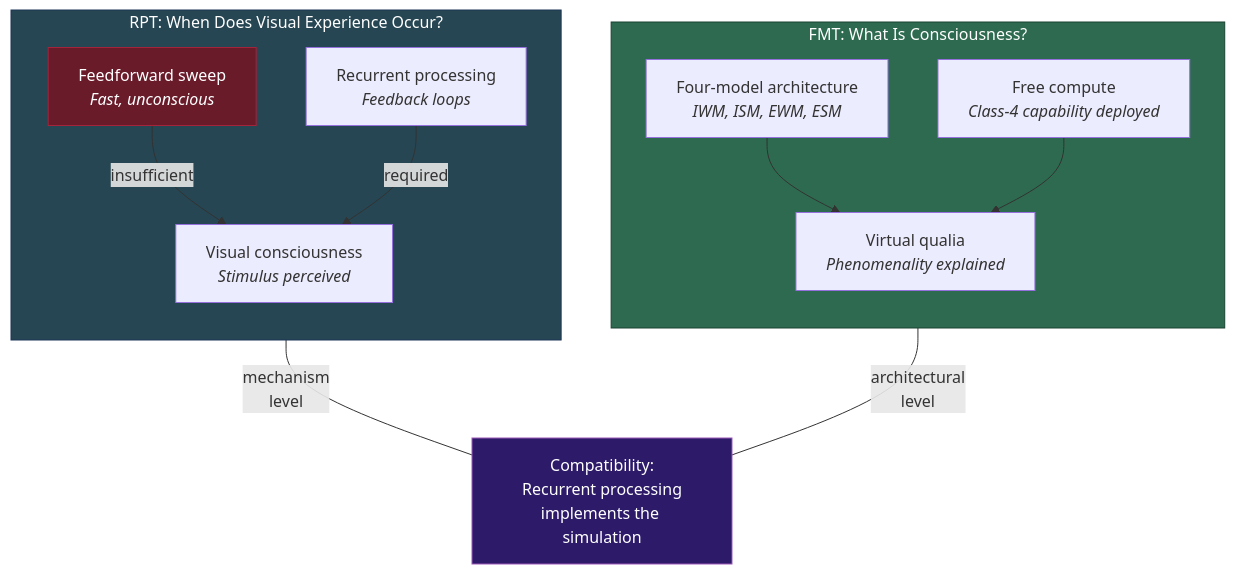
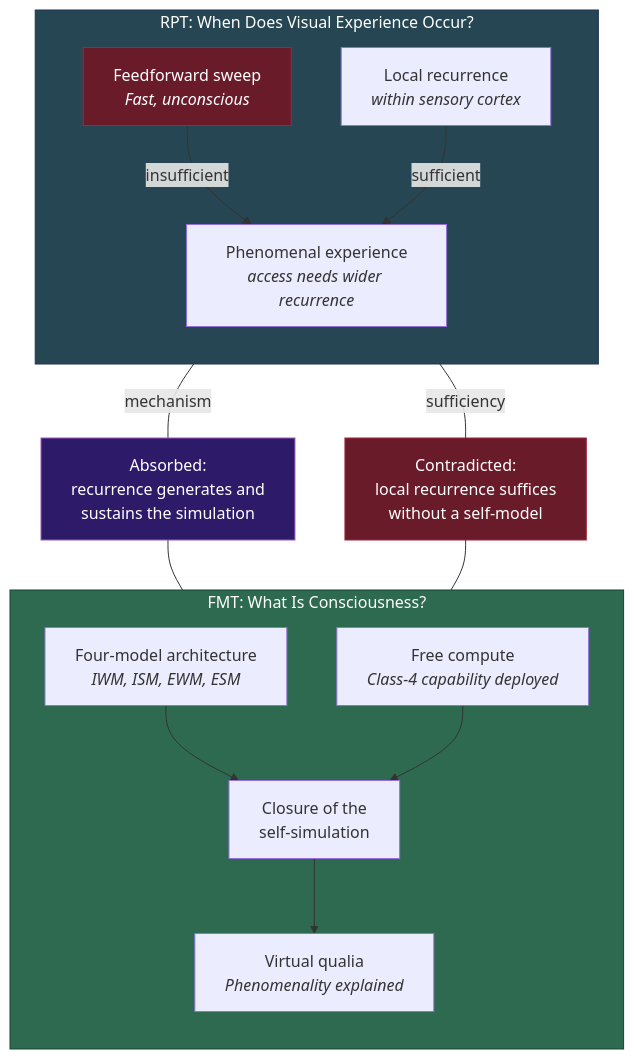
Before and after one commit to JeltzProstetnic/aIware: the diagram in wiki/comparative/vs-rpt.md, drawn with Mermaid. The commit also changed other lines of this file and 10 other files, not shown here.

````diff
--- a/wiki/comparative/vs-rpt.md
+++ b/wiki/comparative/vs-rpt.md
@@ -53,29 +55,35 @@
 ```mermaid
 graph TB
     subgraph RPT_SCOPE["RPT: When Does Visual Experience Occur?"]
         direction TB
         FF["Feedforward sweep<br/><i>Fast, unconscious</i>"]
-        RP["Recurrent processing<br/><i>Feedback loops</i>"]
-        VIS["Visual consciousness<br/><i>Stimulus perceived</i>"]
+        RP["Local recurrence<br/><i>within sensory cortex</i>"]
+        VIS["Phenomenal experience<br/><i>access needs wider recurrence</i>"]
         FF -->|"insufficient"| VIS
-        RP -->|"required"| VIS
+        RP -->|"sufficient"| VIS
     end
 
     subgraph FMT_SCOPE["FMT: What Is Consciousness?"]
         direction TB
         ARCH["Four-model architecture<br/><i>IWM, ISM, EWM, ESM</i>"]
         CRIT["Free compute<br/><i>Class-4 capability deployed</i>"]
+        CLO["Closure of the<br/>self-simulation"]
         VQ["Virtual qualia<br/><i>Phenomenality explained</i>"]
-        ARCH --> VQ
-        CRIT --> VQ
+        ARCH --> CLO
+        CRIT --> CLO
+        CLO --> VQ
     end
 
-    BRIDGE["Compatibility:<br/>Recurrent processing<br/>implements the simulation"]
-    RPT_SCOPE ---|"mechanism<br/>level"| BRIDGE
-    FMT_SCOPE ---|"architectural<br/>level"| BRIDGE
+    BRIDGE["Absorbed:<br/>recurrence generates and<br/>sustains the simulation"]
+    CONFLICT["Contradicted:<br/>local recurrence suffices<br/>without a self-model"]
+    RP ---|"mechanism"| BRIDGE
+    BRIDGE --- ARCH
+    RP ---|"sufficiency"| CONFLICT
+    CONFLICT --- CLO
 
     style RPT_SCOPE fill:#264653,color:#fff,stroke:#1d3557
     style FMT_SCOPE fill:#2d6a4f,color:#fff,stroke:#1b4332
     style BRIDGE fill:#2d1b69,stroke:#9b59b6,color:#fff
+    style CONFLICT fill:#6a1b2a,stroke:#a4243b,color:#fff
     style FF fill:#6a1b2a,stroke:#a4243b,color:#fff
 ```
````
